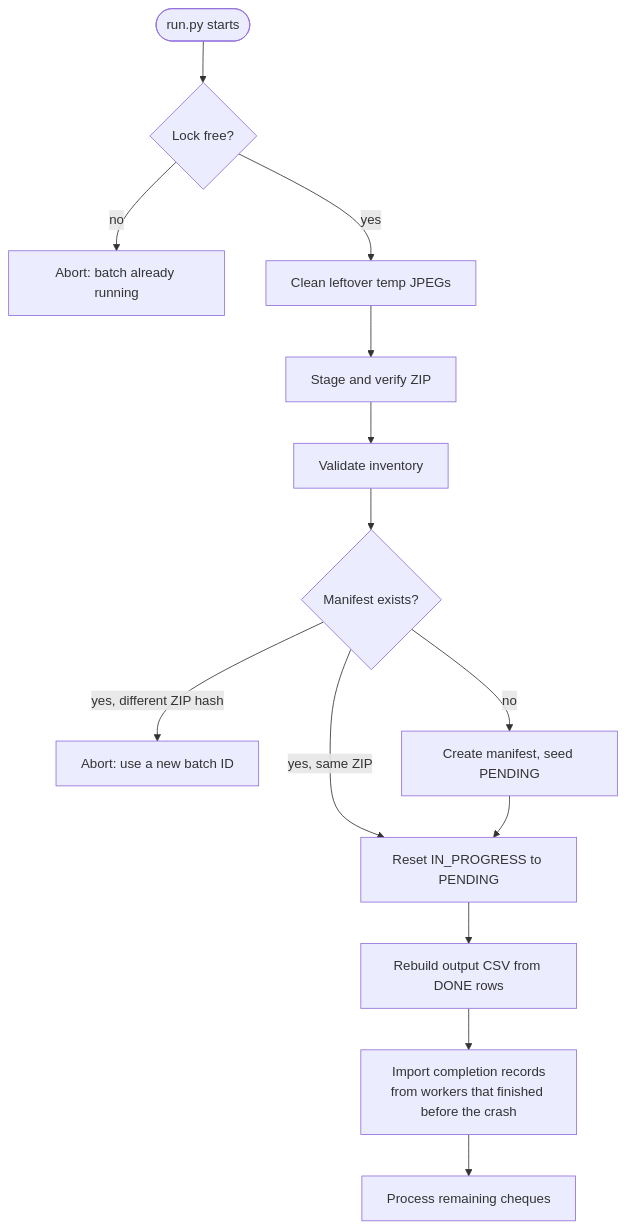
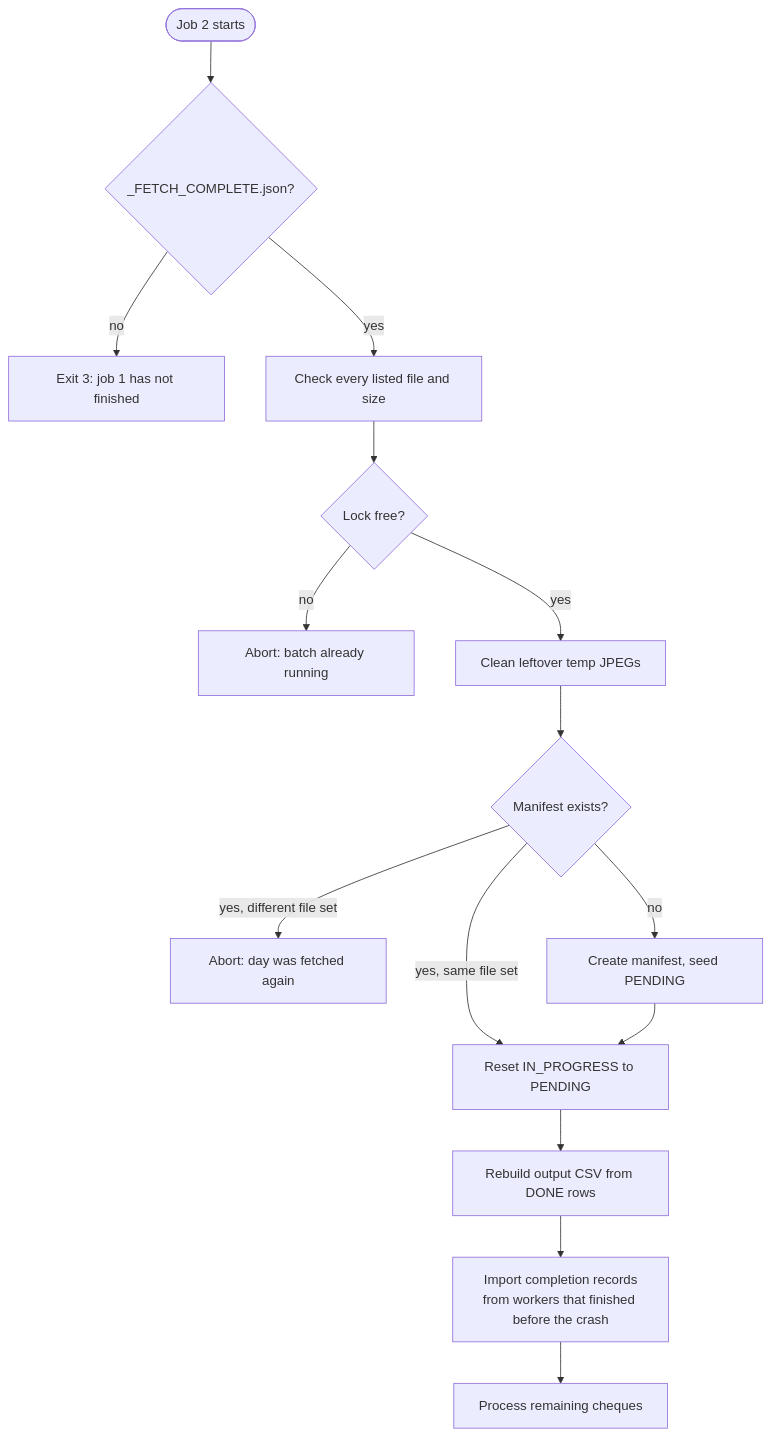
Before and after one commit to heyitssyakirrr/cheque-processing-platform: the eighth of 8 diagrams in README.md, drawn with Mermaid. The commit also changed other lines of this file and 24 other files, not shown here.

First line of the commit message:
Batch only: SFTP fetch job + processing job from the fetched folder

````diff
--- a/README.md
+++ b/README.md
@@ -863,16 +791,17 @@
 ```mermaid
 flowchart TD
-    S(["run.py starts"]) --> L{"Lock free?"}
+    S(["Job 2 starts"]) --> F{"_FETCH_COMPLETE.json?"}
+    F -- no --> Z["Exit 3: job 1 has not finished"]
+    F -- yes --> V["Check every listed file and size"]
+    V --> L{"Lock free?"}
     L -- no --> X["Abort: batch already running"]
     L -- yes --> A["Clean leftover temp JPEGs"]
-    A --> B["Stage and verify ZIP"]
-    B --> C["Validate inventory"]
-    C --> D{"Manifest exists?"}
-    D -- "yes, different ZIP hash" --> Y["Abort: use a new batch ID"]
-    D -- "yes, same ZIP" --> E["Reset IN_PROGRESS to PENDING"]
-    D -- no --> F["Create manifest, seed PENDING"]
-    F --> E
+    A --> D{"Manifest exists?"}
+    D -- "yes, different file set" --> Y["Abort: day was fetched again"]
+    D -- "yes, same file set" --> E["Reset IN_PROGRESS to PENDING"]
+    D -- no --> G0["Create manifest, seed PENDING"]
+    G0 --> E
     E --> G["Rebuild output CSV from DONE rows"]
     G --> H["Import completion records<br/>from workers that finished before the crash"]
     H --> I["Process remaining cheques"]
 ```
````
